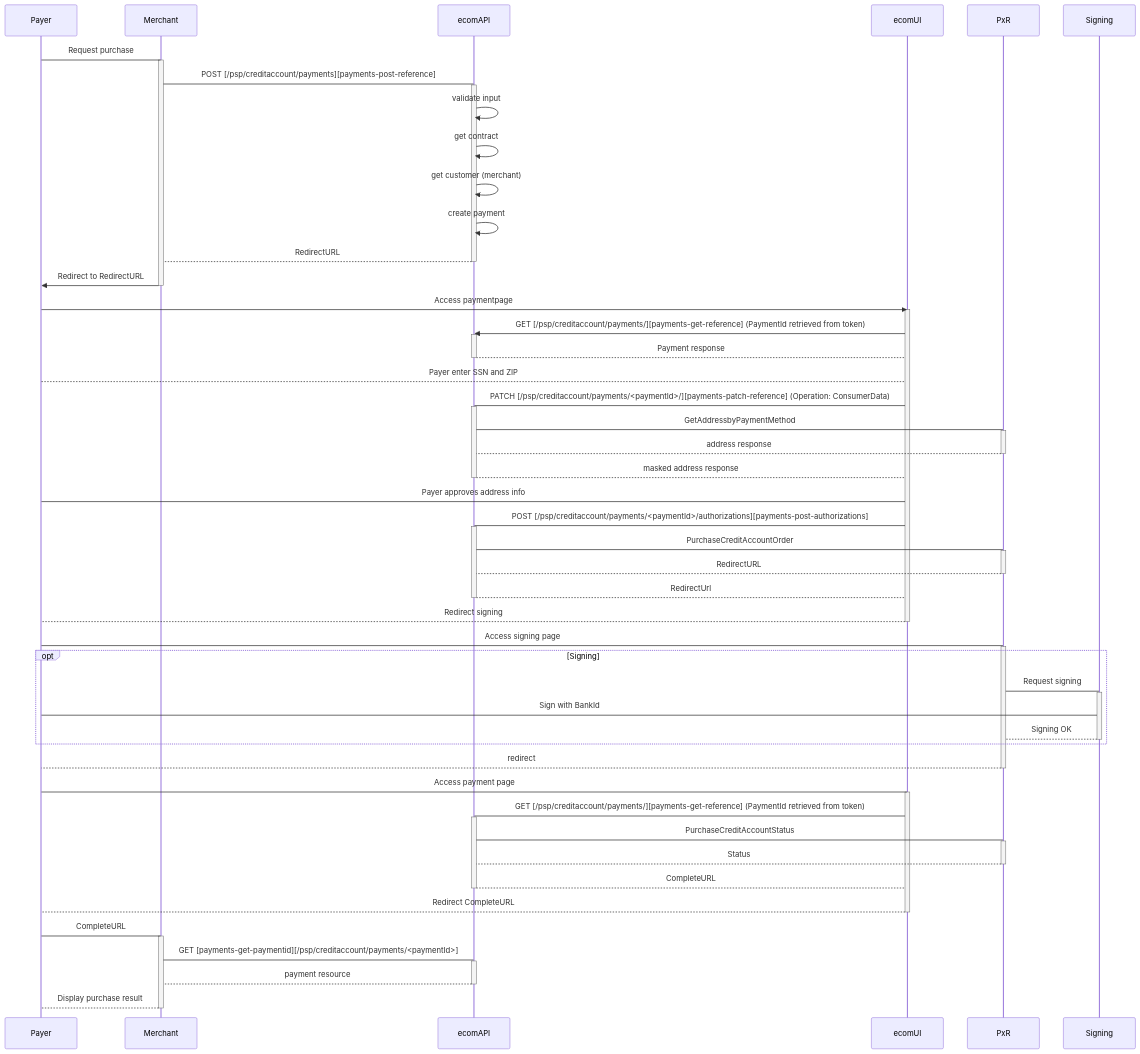
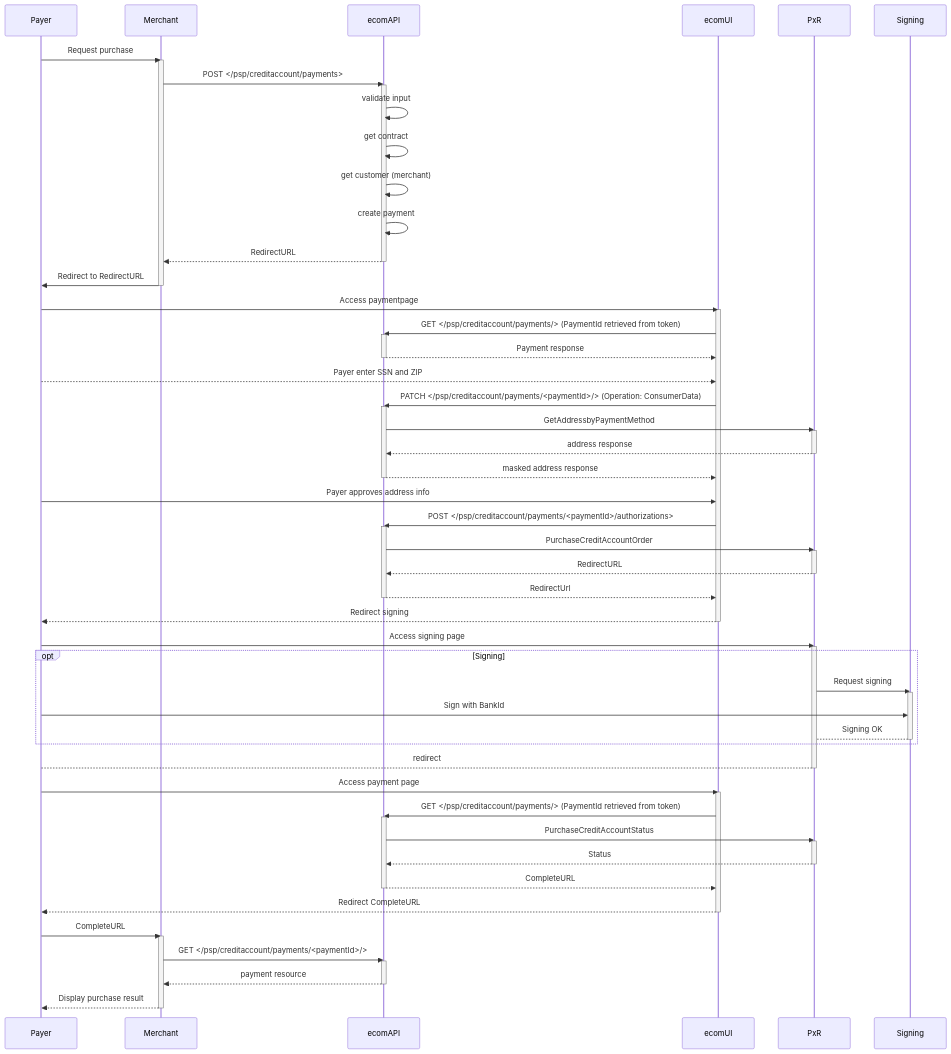
One commit to SwedbankPay/developer.swedbankpay.com changed the first of 2 diagrams in payments/credit-account/index.md. Above: the diagram before and after it, drawn with Mermaid. The commit also changed other lines of this file and 2 other files, not shown here.

Commit message:
DX-258 Credit account section

````diff
--- a/payments/credit-account/index.md
+++ b/payments/credit-account/index.md
@@ -31,80 +36,80 @@
 ```mermaid
 sequenceDiagram
-  Payer -> Merchant: Request purchase
+  Payer ->> Merchant: Request purchase
   activate Merchant
-  Merchant -> ecomAPI: POST [/psp/creditaccount/payments][payments-post-reference]
+  Merchant ->> ecomAPI: POST </psp/creditaccount/payments>
   activate ecomAPI
       ecomAPI ->> ecomAPI: validate input
       ecomAPI ->> ecomAPI: get contract
       ecomAPI ->> ecomAPI: get customer (merchant)
       ecomAPI ->> ecomAPI: create payment
-      ecomAPI --> Merchant: RedirectURL
+      ecomAPI -->> Merchant: RedirectURL
   deactivate ecomAPI
   Merchant ->> Payer: Redirect to RedirectURL
   deactivate Merchant
 
   Payer ->> ecomUI: Access paymentpage
     activate ecomUI
-    ecomUI ->> ecomAPI: GET [/psp/creditaccount/payments/][payments-get-reference] (PaymentId retrieved from token)
+    ecomUI ->> ecomAPI: GET </psp/creditaccount/payments/> (PaymentId retrieved from token)
     activate ecomAPI
-    ecomAPI --> ecomUI: Payment response
+    ecomAPI -->> ecomUI: Payment response
     deactivate ecomAPI
-    Payer --> ecomUI: Payer enter SSN and ZIP
-    ecomUI -> ecomAPI: PATCH [/psp/creditaccount/payments/<paymentId>/][payments-patch-reference] (Operation: ConsumerData)
+    Payer -->> ecomUI: Payer enter SSN and ZIP
+    ecomUI ->> ecomAPI: PATCH </psp/creditaccount/payments/<paymentId>/> (Operation: ConsumerData)
     activate ecomAPI
-    ecomAPI -> PxR: GetAddressbyPaymentMethod
+    ecomAPI ->> PxR: GetAddressbyPaymentMethod
     activate PxR
-    PxR --> ecomAPI: address response
+    PxR -->> ecomAPI: address response
     deactivate PxR
-    ecomAPI --> ecomUI: masked address response
+    ecomAPI -->> ecomUI: masked address response
     deactivate ecomAPI
 
-    Payer -> ecomUI: Payer approves address info
+    Payer ->> ecomUI: Payer approves address info
 
-    ecomUI -> ecomAPI: POST [/psp/creditaccount/payments/<paymentId>/authorizations][payments-post-authorizations]
+    ecomUI ->> ecomAPI: POST </psp/creditaccount/payments/<paymentId>/authorizations>
     activate ecomAPI
-    ecomAPI -> PxR: PurchaseCreditAccountOrder
+    ecomAPI ->> PxR: PurchaseCreditAccountOrder
         activate PxR
-        PxR --> ecomAPI: RedirectURL
+        PxR -->> ecomAPI: RedirectURL
         deactivate PxR
-    ecomAPI --> ecomUI: RedirectUrl
+    ecomAPI -->> ecomUI: RedirectUrl
     deactivate ecomAPI
 
-    ecomUI --> Payer: Redirect signing
+    ecomUI -->> Payer: Redirect signing
     deactivate ecomUI
-    Payer -> PxR: Access signing page
+    Payer ->> PxR: Access signing page
     activate PxR
     opt Signing
-        PxR -> Signing: Request signing
+        PxR ->> Signing: Request signing
         activate Signing
-        Payer -> Signing: Sign with BankId
+        Payer ->> Signing: Sign with BankId
     Signing-->PxR: Signing OK
     deactivate Signing
     end
     PxR-->Payer: redirect
     deactivate PxR
 
-    Payer -> ecomUI: Access payment page
+    Payer ->> ecomUI: Access payment page
     activate ecomUI
 
-    ecomUI -> ecomAPI: GET [/psp/creditaccount/payments/][payments-get-reference] (PaymentId retrieved from token)
+    ecomUI ->> ecomAPI: GET </psp/creditaccount/payments/> (PaymentId retrieved from token)
     activate ecomAPI
-    ecomAPI -> PxR: PurchaseCreditAccountStatus
+    ecomAPI ->> PxR: PurchaseCreditAccountStatus
     activate PxR
-    PxR --> ecomAPI: Status
+    PxR -->> ecomAPI: Status
     deactivate PxR
 
-    ecomAPI --> ecomUI: CompleteURL
+    ecomAPI -->> ecomUI: CompleteURL
     deactivate ecomAPI
-    ecomUI --> Payer: Redirect CompleteURL
+    ecomUI -->> Payer: Redirect CompleteURL
     deactivate ecomUI
-  Payer -> Merchant: CompleteURL
+  Payer ->> Merchant: CompleteURL
 
   activate Merchant
-  Merchant -> ecomAPI: GET [payments-get-paymentid][/psp/creditaccount/payments/<paymentId>]
+  Merchant ->> ecomAPI: GET </psp/creditaccount/payments/<paymentId>/>
   activate ecomAPI
-  ecomAPI --> Merchant: payment resource
+  ecomAPI -->> Merchant: payment resource
   deactivate ecomAPI
-  Merchant --> Payer: Display purchase result
+  Merchant -->> Payer: Display purchase result
   deactivate Merchant
 ```
````
